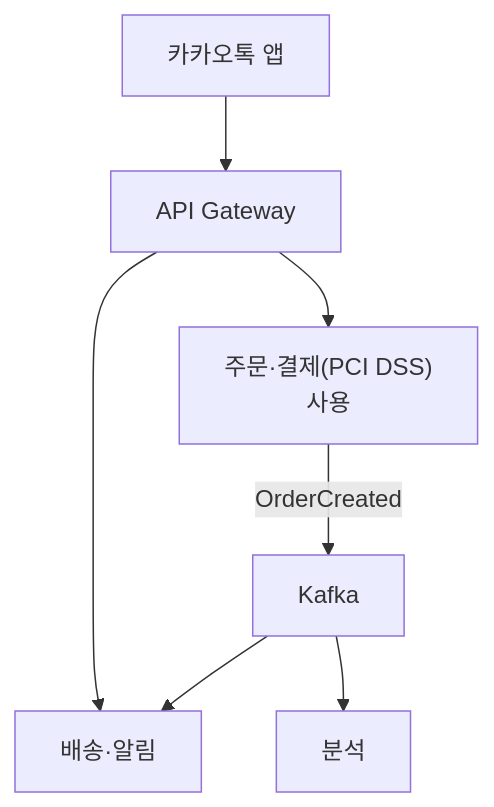
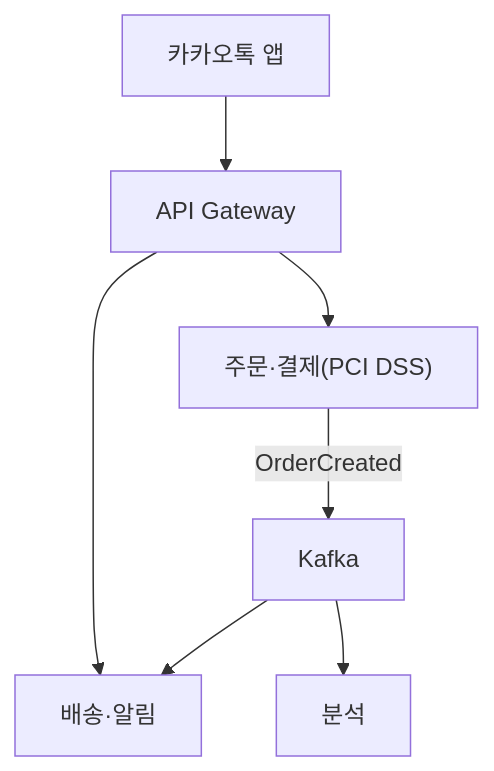
Diagram 14 of 15 in _posts/architecture/2026-05-02-msa-deep.md (yjkim2015/yjkim2015.github.io), drawn with Mermaid before and after one commit. The commit also changed other lines of this file and 217 other files, not shown here.

First line of the commit message:
Mermaid 크기 수정: useMaxWidth:true + SVG max-width:100% + 라벨 축소

````diff
--- a/_posts/architecture/2026-05-02-msa-deep.md
+++ b/_posts/architecture/2026-05-02-msa-deep.md
@@ -471,9 +471,9 @@
 ```mermaid
 graph TD
     App["카카오톡 앱"] --> AG["API Gateway"]
-    AG --> Core["주문·결제(PCI DSS)\n사용"]
+    AG --> Core["주문·결제(PCI DSS)"]
     AG --> Support["배송·알림"]
     Core -->|"OrderCreated"| Kafka["Kafka"]
     Kafka --> Support
     Kafka --> Analytics["분석"]
 ```
````
